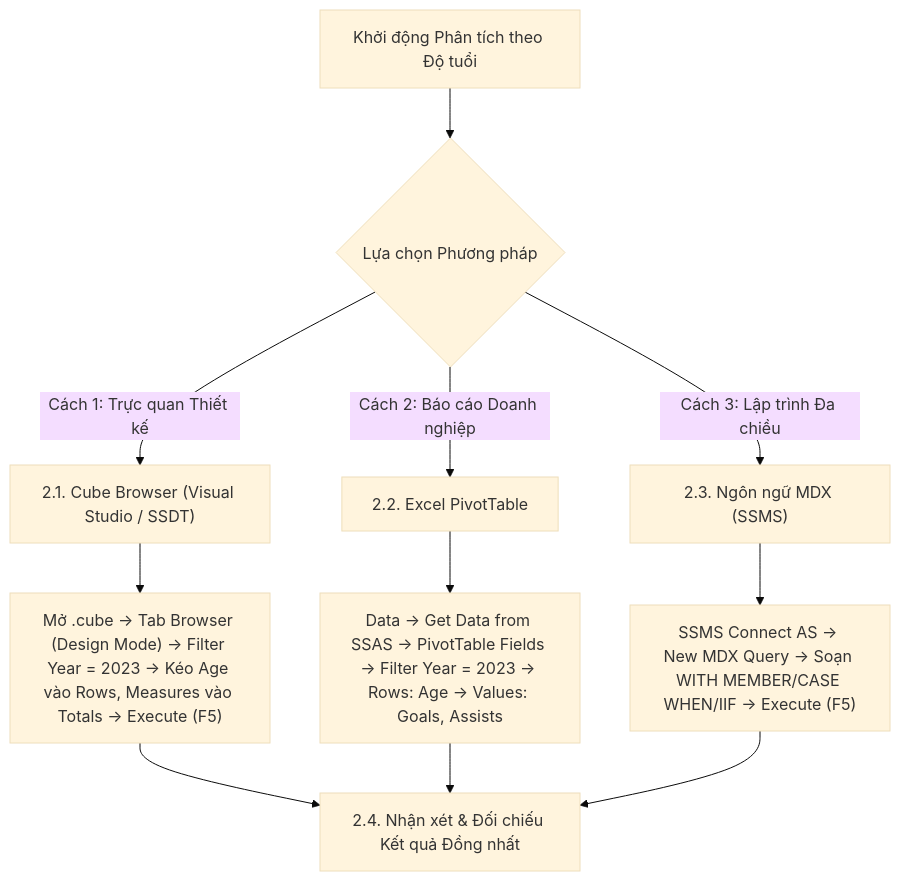
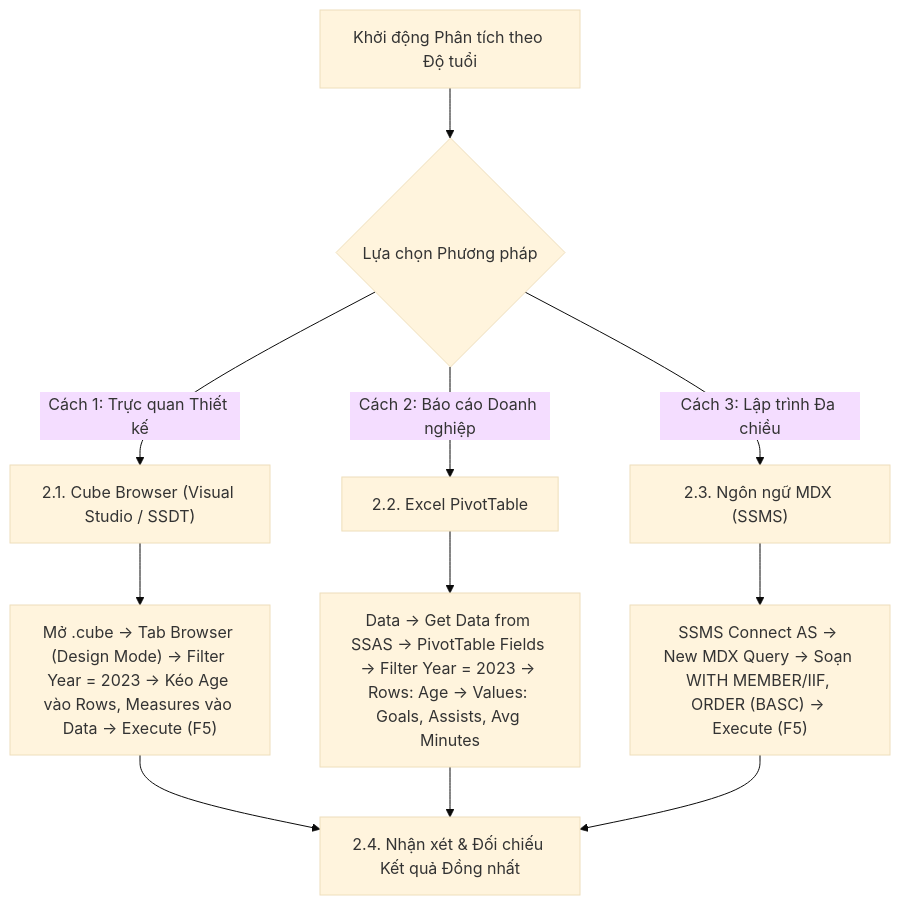
The diagram in mdx/query_04.md (snowflake-vibing/Kho_du_lieu_OLAP), drawn with Mermaid (base theme) before and after one commit. The commit also changed other lines of this file and 18 other files, not shown here.

Commit message:
feat(mdx): loai bo triet de Career Stage khoi Query 04 va dong bo MDX, Cube SSAS, Excel

````diff
--- a/mdx/query_04.md
+++ b/mdx/query_04.md
@@ -43,16 +39,16 @@
 ```mermaid
 flowchart TD
     Start["Khởi động Phân tích theo Độ tuổi"] --> Choice{"Lựa chọn Phương pháp"}
 
     Choice -->|"Cách 1: Trực quan Thiết kế"| CB["2.1. Cube Browser (Visual Studio / SSDT)"]
     Choice -->|"Cách 2: Báo cáo Doanh nghiệp"| Excel["2.2. Excel PivotTable"]
     Choice -->|"Cách 3: Lập trình Đa chiều"| MDX["2.3. Ngôn ngữ MDX (SSMS)"]
 
-    CB --> CB_Step["Mở .cube -> Tab Browser (Design Mode) -> Filter Year = 2023 -> Kéo Age vào Rows, Measures vào Totals -> Execute (F5)"]
-    Excel --> Excel_Step["Data -> Get Data from SSAS -> PivotTable Fields -> Filter Year = 2023 -> Rows: Age -> Values: Goals, Assists"]
-    MDX --> MDX_Step["SSMS Connect AS -> New MDX Query -> Soạn WITH MEMBER/CASE WHEN/IIF -> Execute (F5)"]
+    CB --> CB_Step["Mở .cube -> Tab Browser (Design Mode) -> Filter Year = 2023 -> Kéo Age vào Rows, Measures vào Data -> Execute (F5)"]
+    Excel --> Excel_Step["Data -> Get Data from SSAS -> PivotTable Fields -> Filter Year = 2023 -> Rows: Age -> Values: Goals, Assists, Avg Minutes"]
+    MDX --> MDX_Step["SSMS Connect AS -> New MDX Query -> Soạn WITH MEMBER/IIF, ORDER (BASC) -> Execute (F5)"]
 
     CB_Step --> Finish["2.4. Nhận xét & Đối chiếu Kết quả Đồng nhất"]
     Excel_Step --> Finish
     MDX_Step --> Finish
 ```
````
